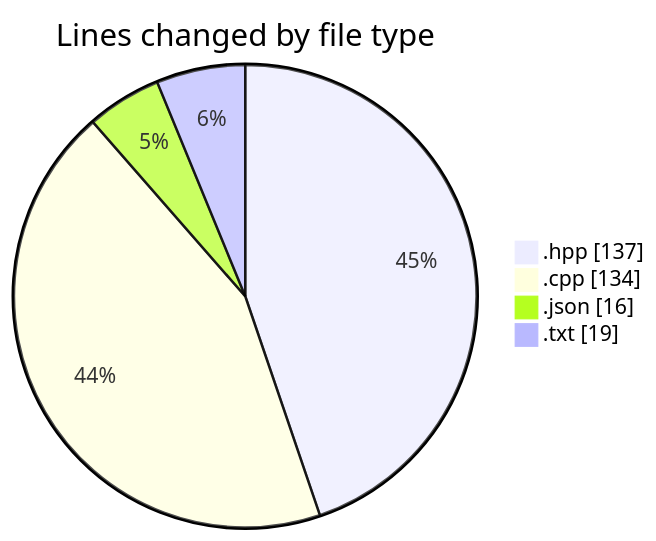
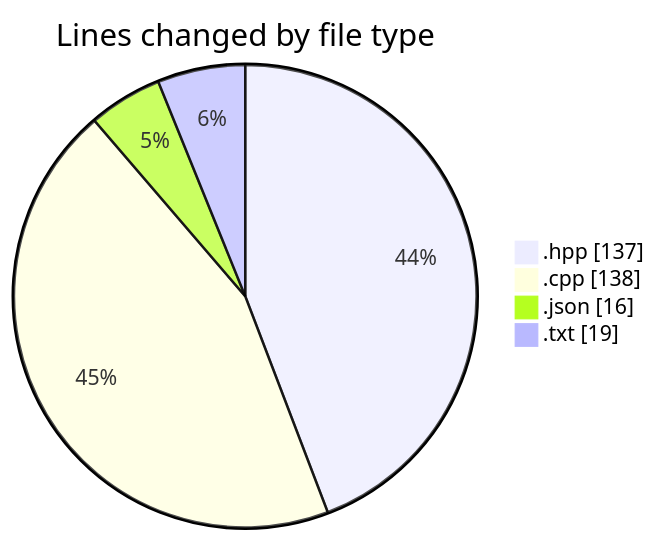
The first of 2 diagrams in 2025-05-02/date/README.md (Netris89/code-tracking), drawn with Mermaid before and after one commit. The commit also changed other lines of this file and 1 other file, not shown here.

````diff
--- a/2025-05-02/date/README.md
+++ b/2025-05-02/date/README.md
@@ -25,8 +25,8 @@
 ```mermaid
 pie showData
 title Lines changed by file type
 ".hpp" : 137
-".cpp" : 134
+".cpp" : 138
 ".json" : 16
 ".txt" : 19
 ```
````
